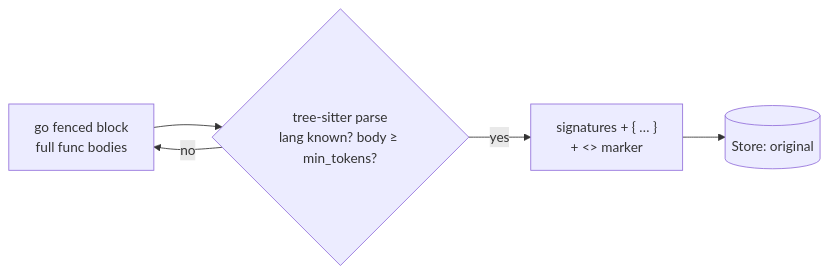
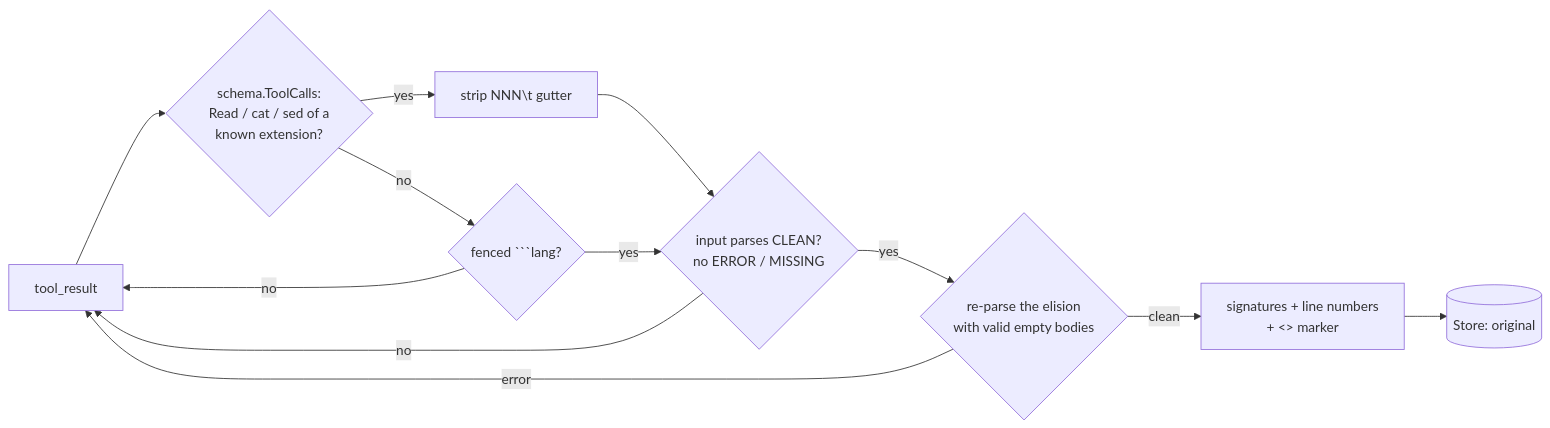
One commit to itay-nakash/context-guru changed the diagram in docs/components/skeleton.md. Above: the diagram before and after it, drawn with Mermaid. The commit also changed other lines of this file and 124 other files, not shown here.

````diff
--- a/docs/components/skeleton.md
+++ b/docs/components/skeleton.md
@@ -21,7 +36,14 @@
 ```mermaid
 flowchart LR
-  A["go fenced block<br/>full func bodies"] --> B{"tree-sitter parse<br/>lang known? body ≥ min_tokens?"}
-  B -->|no| A
-  B -->|yes| C["signatures + { … }<br/>+ <<cg:HASH>> marker"]
+  A["tool_result"] --> B{"schema.ToolCalls:<br/>Read / cat / sed of a<br/>known extension?"}
+  B -->|no| F{"fenced ```lang?"}
+  F -->|no| A
+  B -->|yes| G["strip NNN\t gutter"]
+  G --> P{"input parses CLEAN?<br/>no ERROR / MISSING"}
+  F -->|yes| P
+  P -->|no| A
+  P -->|yes| N{"re-parse the elision<br/>with valid empty bodies"}
+  N -->|error| A
+  N -->|clean| C["signatures + line numbers<br/>+ <<cg:HASH>> marker"]
   C --> D[(Store: original)]
 ```
````
